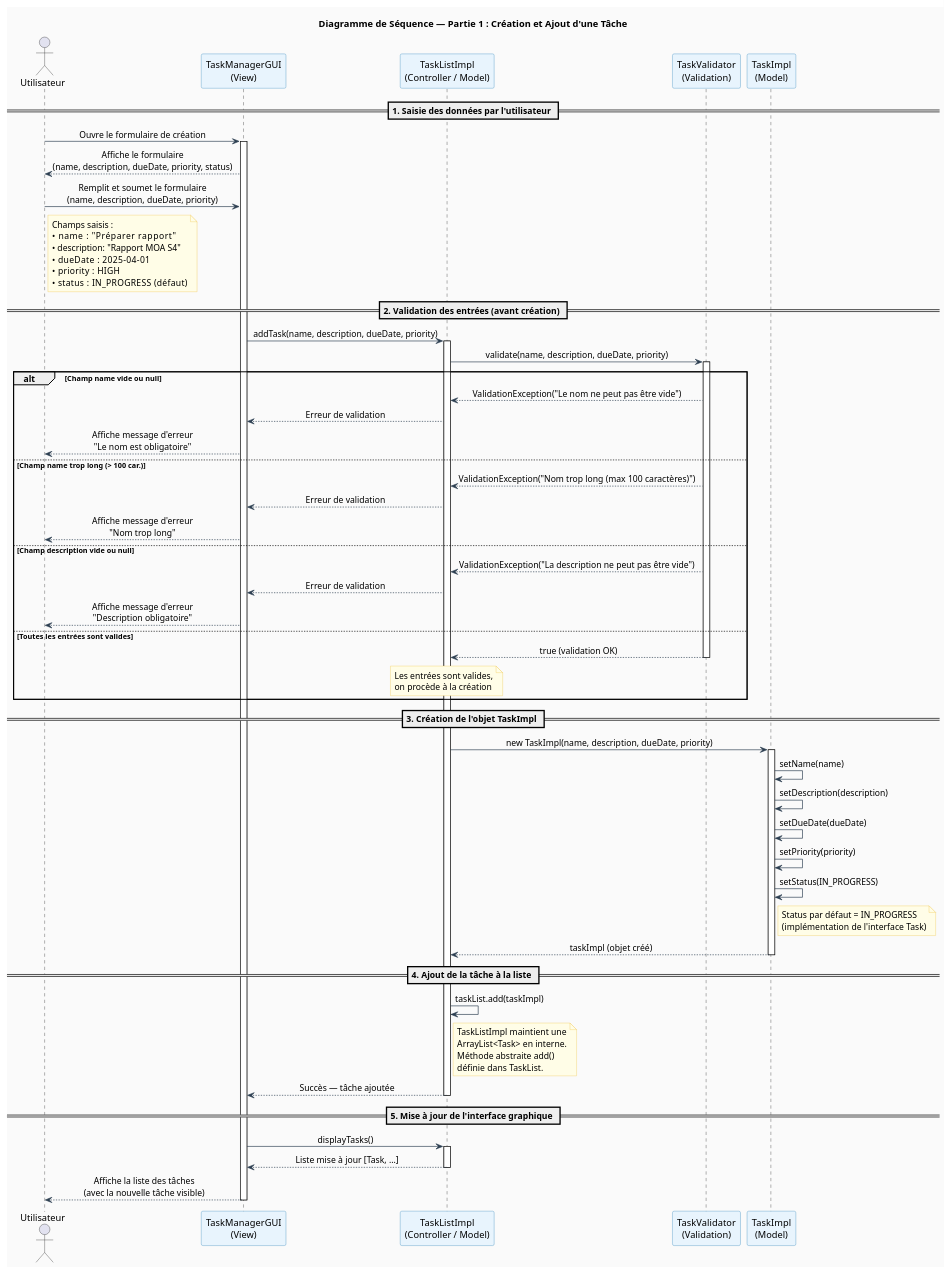
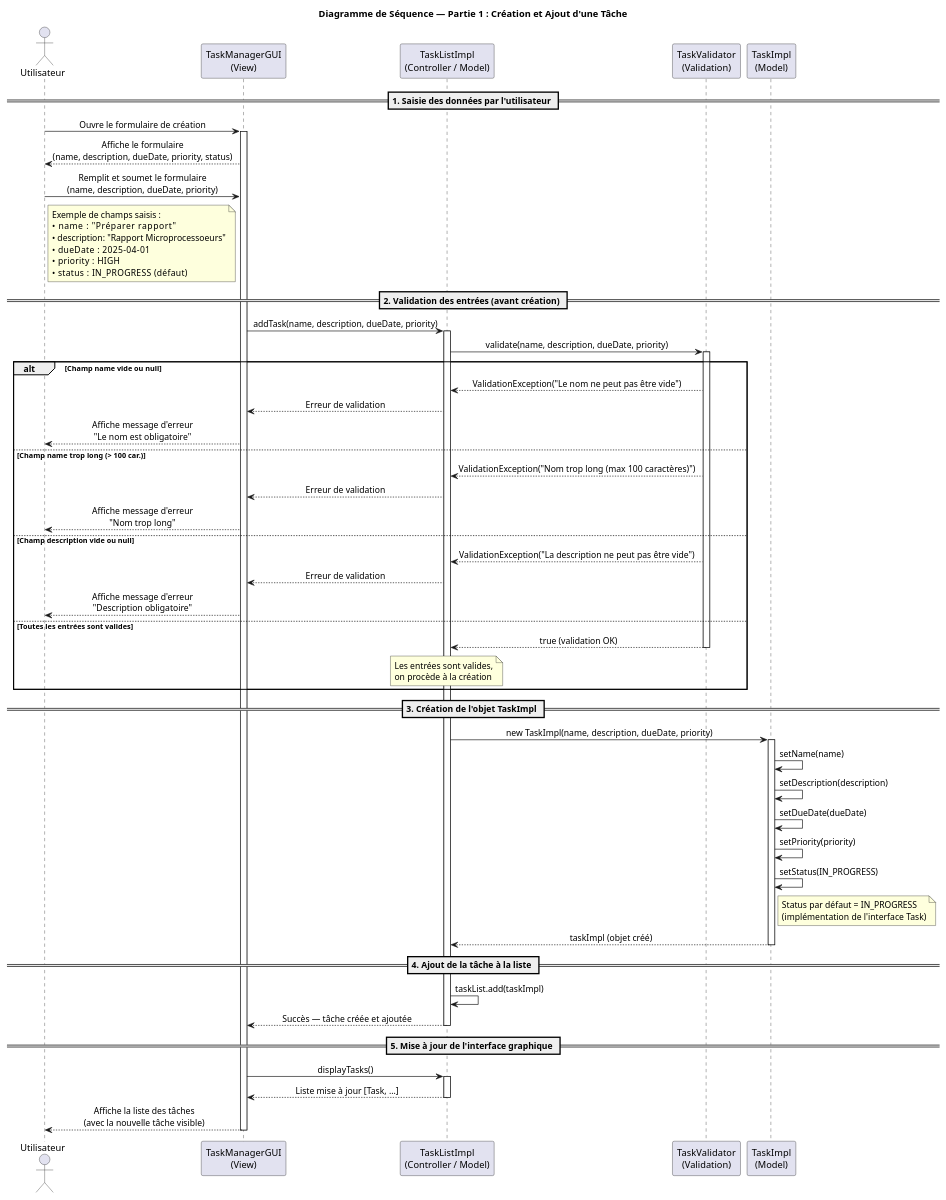
One commit to Julien3556/Gestionnaire_de_taches changed the diagram in sequence_diagram_partie1.puml. Above: the diagram before and after it, drawn with PlantUML.

Commit message:
seq_diagram_verif

```diff
--- a/sequence_diagram_partie1.puml
+++ b/sequence_diagram_partie1.puml
@@ -1,107 +1,93 @@
 @startuml DiagrammeSequencePartie1
 title Diagramme de Séquence — Partie 1 : Création et Ajout d'une Tâche
 
 skinparam sequenceMessageAlign center
 skinparam responseMessageBelowArrow true
-skinparam backgroundColor #FAFAFA
-skinparam ParticipantBackgroundColor #E8F4FD
-skinparam ParticipantBorderColor #2980B9
-skinparam LifeLineBorderColor #2980B9
-skinparam ArrowColor #2C3E50
-skinparam ActivationBarBorderColor #2980B9
-skinparam ActivationBarBackgroundColor #D6EAF8
-skinparam NoteBackgroundColor #FFFDE7
-skinparam NoteBorderColor #F0C040
 
 actor "Utilisateur" as User
 
 participant "TaskManagerGUI\n(View)" as GUI
 participant "TaskListImpl\n(Controller / Model)" as TLI
 participant "TaskValidator\n(Validation)" as VAL
 participant "TaskImpl\n(Model)" as TASK
 
 == 1. Saisie des données par l'utilisateur ==
 
 User -> GUI : Ouvre le formulaire de création
 activate GUI
 
 GUI --> User : Affiche le formulaire\n(name, description, dueDate, priority, status)
 
 User -> GUI : Remplit et soumet le formulaire\n(name, description, dueDate, priority)
 note right of User
-  Champs saisis :
+  Exemple de champs saisis :
   • name       : "Préparer rapport"
-  • description: "Rapport MOA S4"
+  • description: "Rapport Microprocessoeurs"
   • dueDate    : 2025-04-01
   • priority   : HIGH
   • status     : IN_PROGRESS (défaut)
 end note
 
 == 2. Validation des entrées (avant création) ==
 
 GUI -> TLI : addTask(name, description, dueDate, priority)
 activate TLI
 
 TLI -> VAL : validate(name, description, dueDate, priority)
 activate VAL
 
 alt Champ name vide ou null
     VAL --> TLI : ValidationException("Le nom ne peut pas être vide")
     TLI --> GUI : Erreur de validation
     GUI --> User : Affiche message d'erreur\n"Le nom est obligatoire"
 else Champ name trop long (> 100 car.)
     VAL --> TLI : ValidationException("Nom trop long (max 100 caractères)")
     TLI --> GUI : Erreur de validation
     GUI --> User : Affiche message d'erreur\n"Nom trop long"
 else Champ description vide ou null
     VAL --> TLI : ValidationException("La description ne peut pas être vide")
     TLI --> GUI : Erreur de validation
     GUI --> User : Affiche message d'erreur\n"Description obligatoire"
 else Toutes les entrées sont valides
     VAL --> TLI : true (validation OK)
     deactivate VAL
     note over TLI : Les entrées sont valides,\non procède à la création
 end
 
 == 3. Création de l'objet TaskImpl ==
 
 TLI -> TASK : new TaskImpl(name, description, dueDate, priority)
 activate TASK
 
 TASK -> TASK : setName(name)
 TASK -> TASK : setDescription(description)
 TASK -> TASK : setDueDate(dueDate)
 TASK -> TASK : setPriority(priority)
 TASK -> TASK : setStatus(IN_PROGRESS)
 note right of TASK
   Status par défaut = IN_PROGRESS
   (implémentation de l'interface Task)
 end note
 
 TASK --> TLI : taskImpl (objet créé)
 deactivate TASK
 
 == 4. Ajout de la tâche à la liste ==
 
 TLI -> TLI : taskList.add(taskImpl)
-note right of TLI
-  TaskListImpl maintient une
-  ArrayList<Task> en interne.
-  Méthode abstraite add()
-  définie dans TaskList.
-end note
 
-TLI --> GUI : Succès — tâche ajoutée
+
+TLI --> GUI : Succès — tâche créée et ajoutée
 deactivate TLI
 
 == 5. Mise à jour de l'interface graphique ==
 
 GUI -> TLI : displayTasks()
 activate TLI
 TLI --> GUI : Liste mise à jour [Task, ...]
 deactivate TLI
 
 GUI --> User : Affiche la liste des tâches\n(avec la nouvelle tâche visible)
 deactivate GUI
 
 @enduml
```
